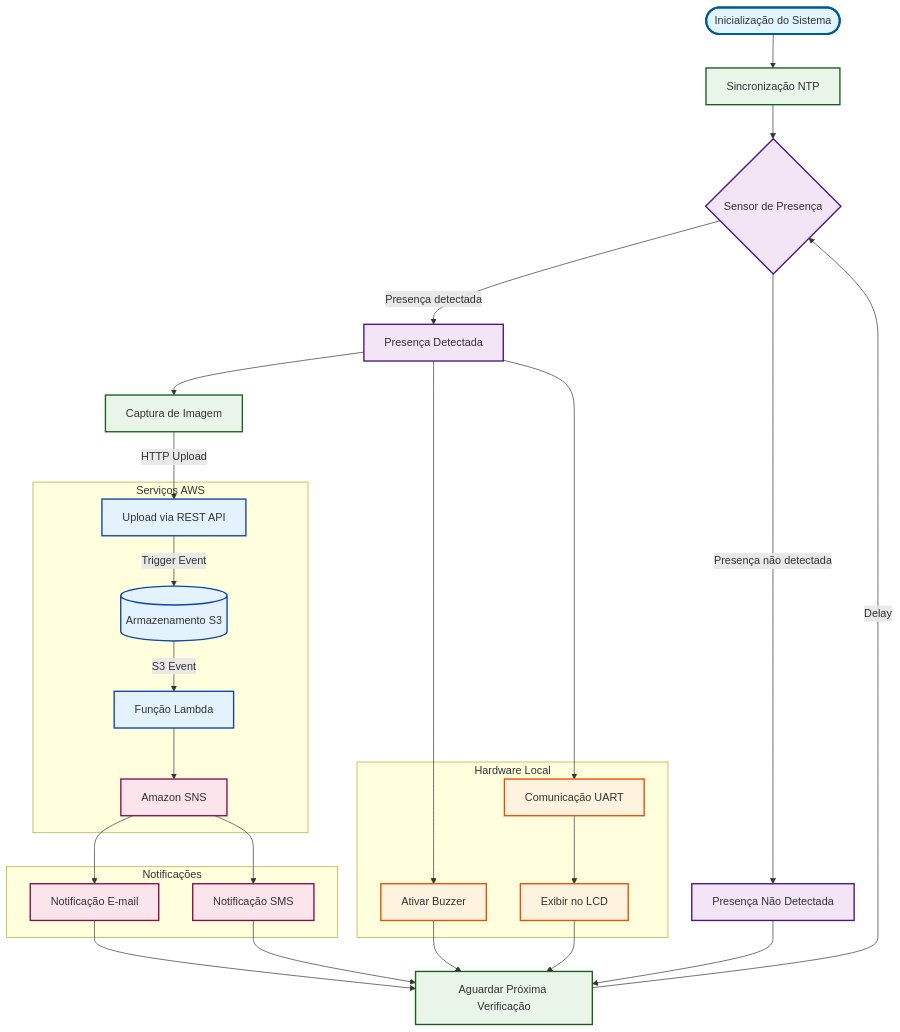
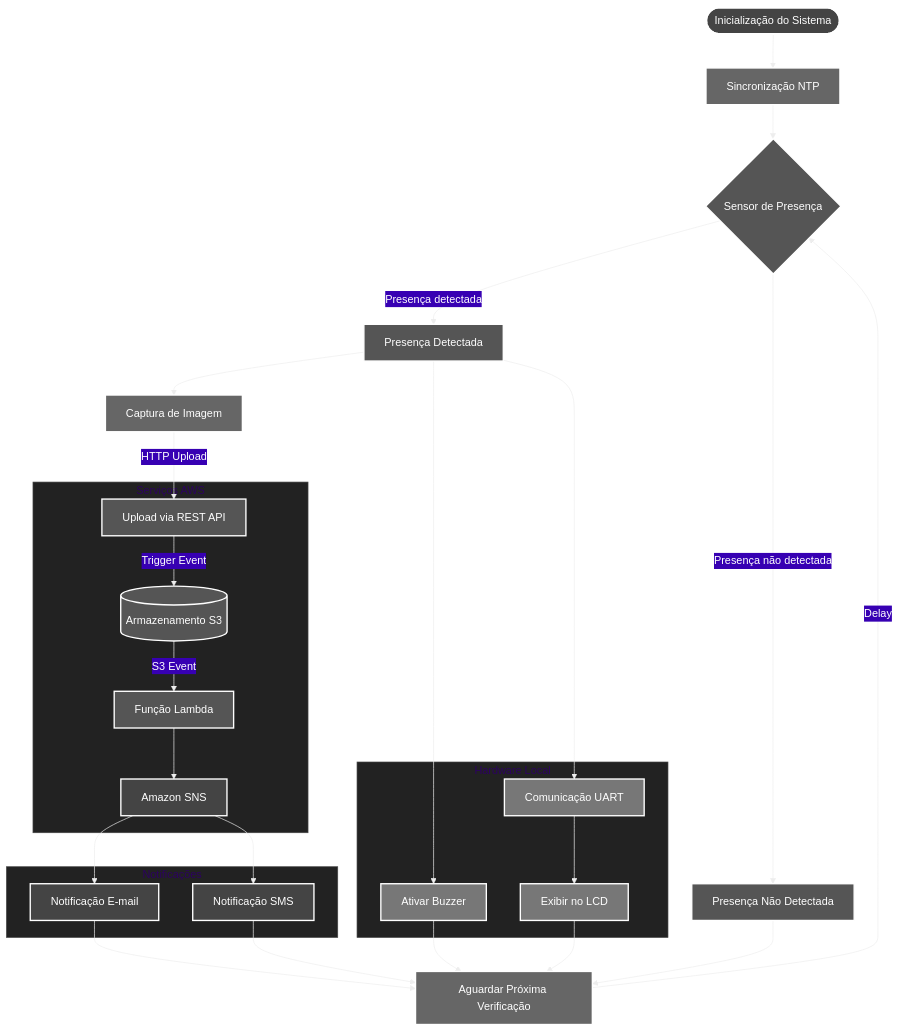
One commit to emialich/ea801 changed the diagram in CheapCameraMonitoringSystem/Readme.md. Above: the diagram before and after it, drawn with Mermaid.

````diff
--- a/CheapCameraMonitoringSystem/Readme.md
+++ b/CheapCameraMonitoringSystem/Readme.md
@@ -109,12 +109,26 @@
 ``` mermaid
+%%{init: {
+  'theme': 'base',
+  'themeVariables': {
+    'background': '#121212',
+    'primaryColor': '#bb86fc',
+    'primaryTextColor': '#ffffff',
+    'secondaryColor': '#3700b3',
+    'secondaryTextColor': '#ffffff',
+    'borderColor': '#ffffff',
+    'nodeBorder': '#ffffff',
+    'clusterBkg': '#222',
+    'clusterBorder': '#444'
+  }
+}}%%
 flowchart TD
     %% Definição de estilos
-    classDef startEnd fill:#e1f5fe,stroke:#01579b,stroke-width:3px
-    classDef sensor fill:#f3e5f5,stroke:#4a148c,stroke-width:2px
-    classDef processing fill:#e8f5e8,stroke:#1b5e20,stroke-width:2px
-    classDef hardware fill:#fff3e0,stroke:#e65100,stroke-width:2px
-    classDef cloud fill:#e3f2fd,stroke:#0d47a1,stroke-width:2px
-    classDef notification fill:#fce4ec,stroke:#880e4f,stroke-width:2px
+    classDef startEnd fill:#444,stroke:#fff,stroke-width:3px, fontColor:#fff
+    classDef sensor fill:#555,stroke:#fff,stroke-width:2px, fontColor:#fff
+    classDef processing fill:#666,stroke:#fff,stroke-width:2px, fontColor:#fff
+    classDef hardware fill:#777,stroke:#fff,stroke-width:2px, fontColor:#fff
+    classDef cloud fill:#555,stroke:#fff,stroke-width:2px, fontColor:#fff
+    classDef notification fill:#444,stroke:#fff,stroke-width:2px, fontColor:#fff
 
     %% Componentes principais
     START([Inicialização do Sistema]):::startEnd
````
